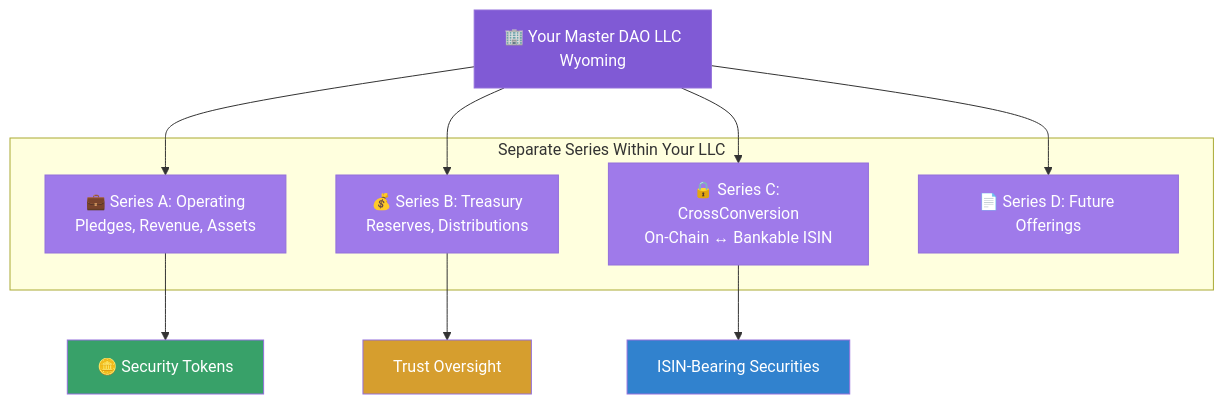
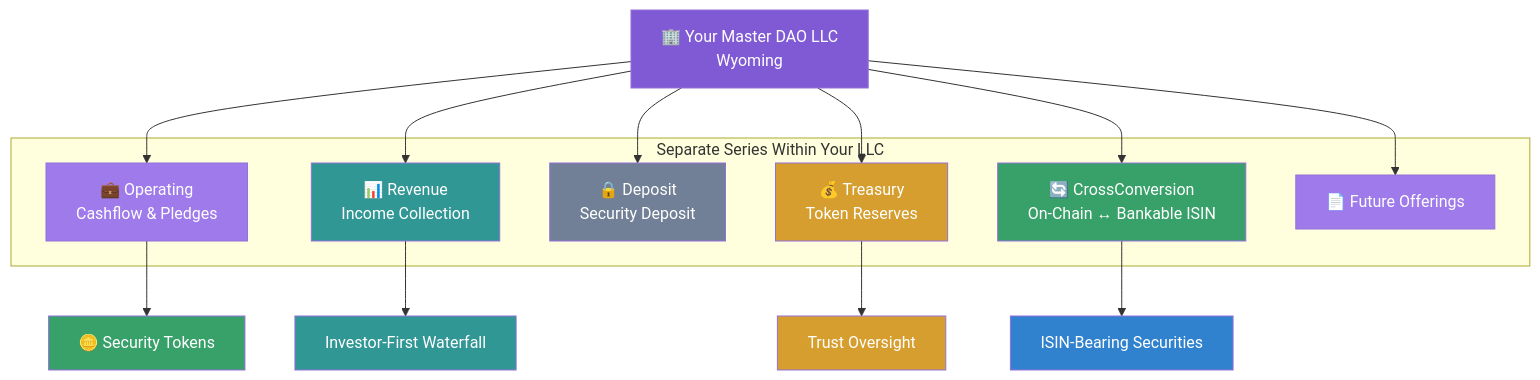
The second of 9 diagrams in hugo-site/content/whatsails.md (hrbrlife/sailsto_website), drawn with Mermaid before and after one commit. The commit also changed other lines of this file and 89 other files, not shown here.

```diff
--- a/hugo-site/content/whatsails.md
+++ b/hugo-site/content/whatsails.md
@@ -336,25 +336,33 @@
         <div class="mermaid">
         flowchart TD
             DAO[🏢 Your Master DAO LLC<br/>Wyoming]
             subgraph Series[Separate Series Within Your LLC]
-                S1[💼 Series A: Operating<br/>Pledges, Revenue, Assets]
-                S2[💰 Series B: Treasury<br/>Reserves, Distributions]
-                S3[🔒 Series C: CrossConversion<br/>On-Chain ↔ Bankable ISIN]
-                S4[📄 Series D: Future Offerings]
+                S1[💼 Operating<br/>Cashflow & Pledges]
+                S5[📊 Revenue<br/>Income Collection]
+                S6[🔒 Deposit<br/>Security Deposit]
+                S2[💰 Treasury<br/>Token Reserves]
+                S3[🔄 CrossConversion<br/>On-Chain ↔ Bankable ISIN]
+                S4[📄 Future Offerings]
             end
             DAO --> S1
+            DAO --> S5
+            DAO --> S6
             DAO --> S2
             DAO --> S3
             DAO --> S4
             S1 --> T1[🪙 Security Tokens]
+            S5 --> WATER[Investor-First Waterfall]
             S2 --> TRUST[Trust Oversight]
             S3 --> ISIN[ISIN-Bearing Securities]
             style DAO fill:#805ad5,color:#fff
             style S1 fill:#9f7aea,color:#fff
-            style S2 fill:#9f7aea,color:#fff
-            style S3 fill:#9f7aea,color:#fff
+            style S5 fill:#319795,color:#fff
+            style S6 fill:#718096,color:#fff
+            style S2 fill:#d69e2e,color:#fff
+            style S3 fill:#38a169,color:#fff
             style S4 fill:#9f7aea,color:#fff
             style T1 fill:#38a169,color:#fff
+            style WATER fill:#319795,color:#fff
             style TRUST fill:#d69e2e,color:#fff
             style ISIN fill:#3182ce,color:#fff
         </div>
```
